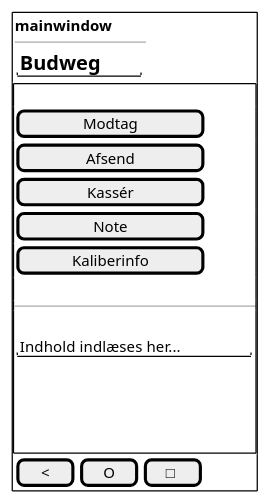
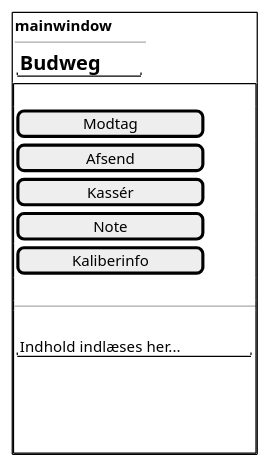
The diagram in Brugervenlighed/Wireframe.plantuml (senan2315/Team-5A-Budweg), drawn with PlantUML before and after one commit.

Commit message:
Wireframe start opdateret

```diff
--- a/Brugervenlighed/Wireframe.plantuml
+++ b/Brugervenlighed/Wireframe.plantuml
@@ -1,32 +1,30 @@
 @startsalt Wireframe
 {+
   {
     <b>mainwindow
     --
     {
       "  = Budweg  "
     }
   }
   {+
     .
     [      Modtag      ]
     [      Afsend      ]
     [      Kassér      ]
     [       Note       ]
     [   Kaliberinfo    ]
     .
     --
     {
       .
       "Indhold indlæses her..."
       .
       .
       .
       .
     }
   }
-  {
-    [  <  ] | [  O  ] | [  □  ]
-  }
+  
 }
 @endsalt
```
